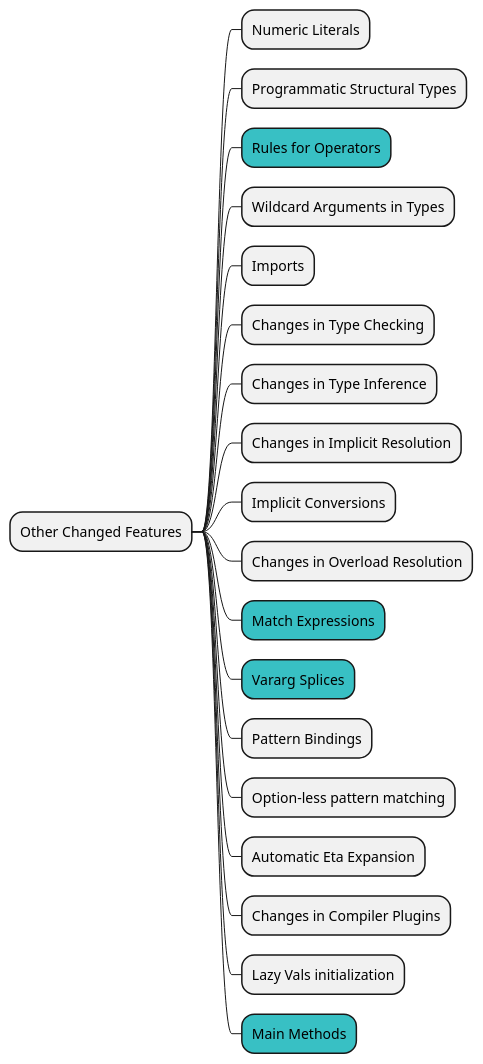
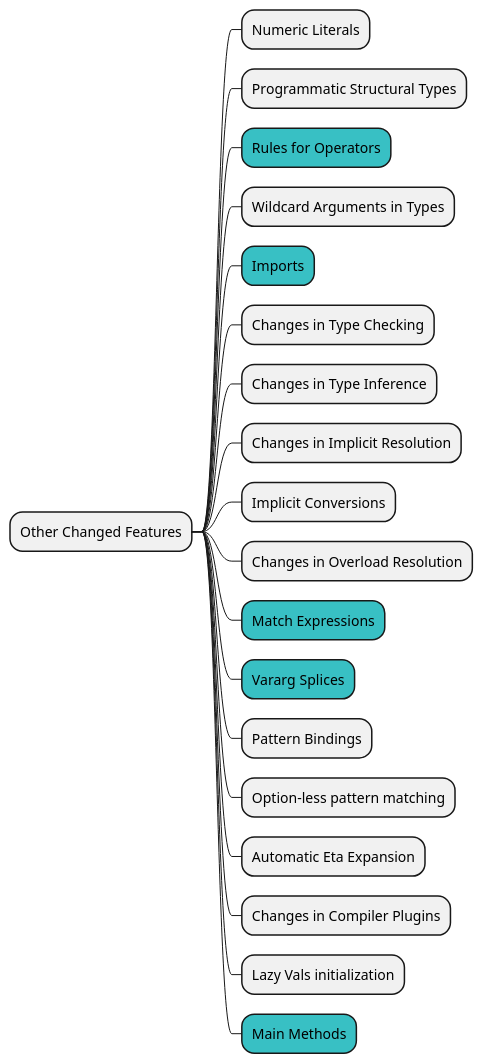
Before and after one commit to shinharad/getting-started-with-scala3: the seventh of 8 diagrams in docs/step01/03_Referenceを俯瞰してみる.md, drawn with PlantUML. The commit also changed 2 other files, not shown here.

Commit message:
importのワイルドカードを * に変更

````diff
--- a/docs/step01/03_Referenceを俯瞰してみる.md
+++ b/docs/step01/03_Referenceを俯瞰してみる.md
@@ -143,23 +143,23 @@
 ```plantuml
 @startmindmap
 * Other Changed Features
 ** Numeric Literals
 ** Programmatic Structural Types
 **[#38c0c4] Rules for Operators
 ** Wildcard Arguments in Types
-** Imports
+**[#38c0c4] Imports
 ** Changes in Type Checking
 ** Changes in Type Inference
 ** Changes in Implicit Resolution
 ** Implicit Conversions
 ** Changes in Overload Resolution
 **[#38c0c4] Match Expressions
 **[#38c0c4] Vararg Splices
 ** Pattern Bindings
 ** Option-less pattern matching
 ** Automatic Eta Expansion
 ** Changes in Compiler Plugins
 ** Lazy Vals initialization
 **[#38c0c4] Main Methods
 @endmindmap
 ```
````
